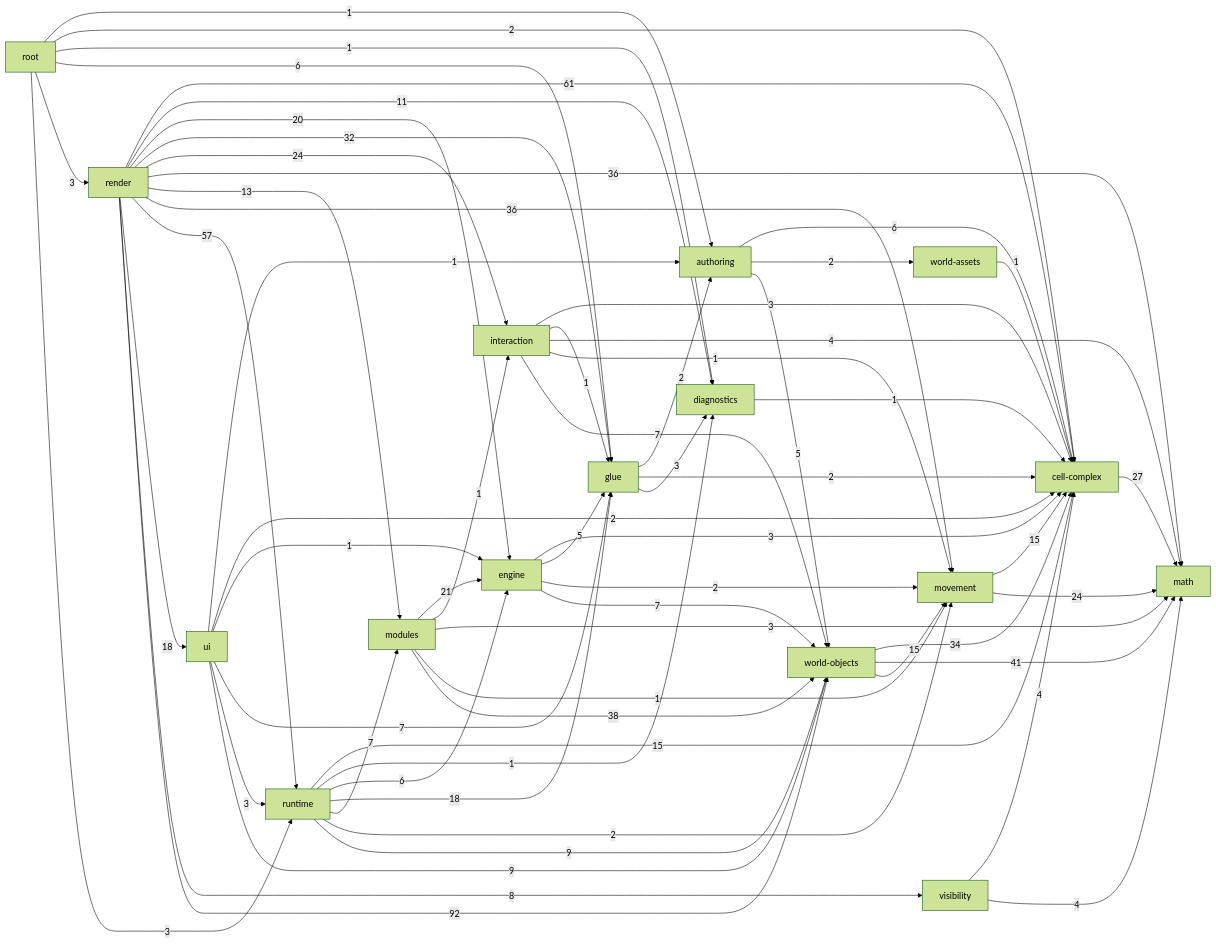
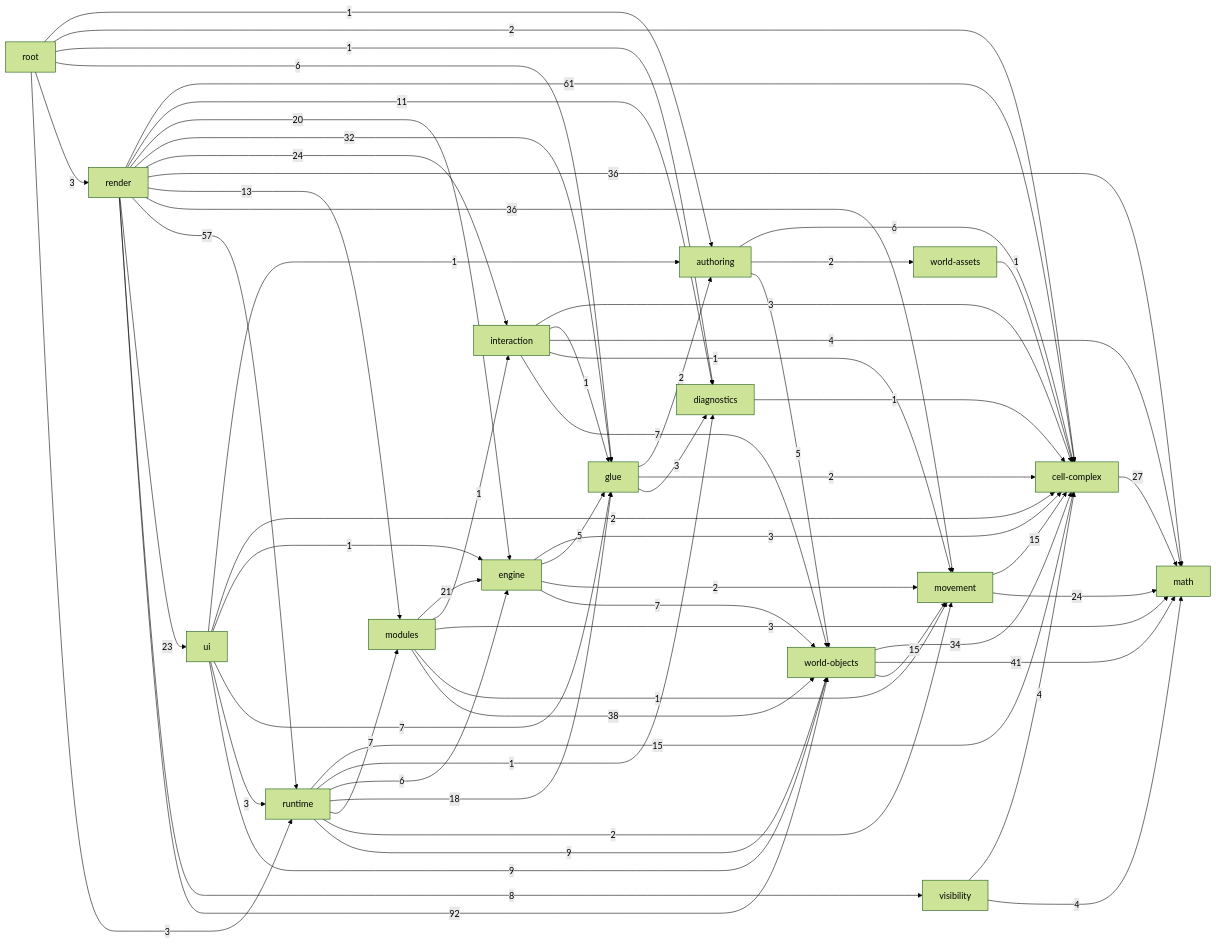
The diagram in _docs/generated/ARCHITECTURE_REFERENCE.md (guraltsev/noneuclid-fpv), drawn with Mermaid (forest theme) before and after one commit. The commit also changed other lines of this file and 10 other files, not shown here.

````diff
--- a/_docs/generated/ARCHITECTURE_REFERENCE.md
+++ b/_docs/generated/ARCHITECTURE_REFERENCE.md
@@ -37,80 +37,80 @@
 ```mermaid
 flowchart LR
   math["math"]
   cell_complex["cell-complex"]
   diagnostics["diagnostics"]
   visibility["visibility"]
   movement["movement"]
   world_assets["world-assets"]
   world_objects["world-objects"]
   authoring["authoring"]
   glue["glue"]
   interaction["interaction"]
   engine["engine"]
   modules["modules"]
   runtime["runtime"]
   ui["ui"]
   render["render"]
   root["root"]
   authoring -->|6| cell_complex
   authoring -->|2| world_assets
   authoring -->|5| world_objects
   cell_complex -->|27| math
   diagnostics -->|1| cell_complex
   engine -->|3| cell_complex
   engine -->|5| glue
   engine -->|2| movement
   engine -->|7| world_objects
   glue -->|2| authoring
   glue -->|2| cell_complex
   glue -->|3| diagnostics
   interaction -->|3| cell_complex
   interaction -->|1| glue
   interaction -->|4| math
   interaction -->|1| movement
   interaction -->|7| world_objects
   modules -->|21| engine
   modules -->|1| interaction
   modules -->|3| math
   modules -->|1| movement
   modules -->|38| world_objects
   movement -->|15| cell_complex
   movement -->|24| math
   render -->|61| cell_complex
   render -->|11| diagnostics
   render -->|20| engine
   render -->|32| glue
   render -->|24| interaction
   render -->|36| math
   render -->|13| modules
   render -->|36| movement
   render -->|57| runtime
-  render -->|18| ui
+  render -->|23| ui
   render -->|8| visibility
   render -->|92| world_objects
   root -->|1| authoring
   root -->|2| cell_complex
   root -->|1| diagnostics
   root -->|6| glue
   root -->|3| render
   root -->|3| runtime
   runtime -->|15| cell_complex
   runtime -->|1| diagnostics
   runtime -->|6| engine
   runtime -->|18| glue
   runtime -->|7| modules
   runtime -->|2| movement
   runtime -->|9| world_objects
   ui -->|1| authoring
   ui -->|2| cell_complex
   ui -->|1| engine
   ui -->|7| glue
   ui -->|3| runtime
   ui -->|9| world_objects
   visibility -->|4| cell_complex
   visibility -->|4| math
   world_assets -->|1| cell_complex
   world_objects -->|34| cell_complex
   world_objects -->|41| math
   world_objects -->|15| movement
 ```
````
